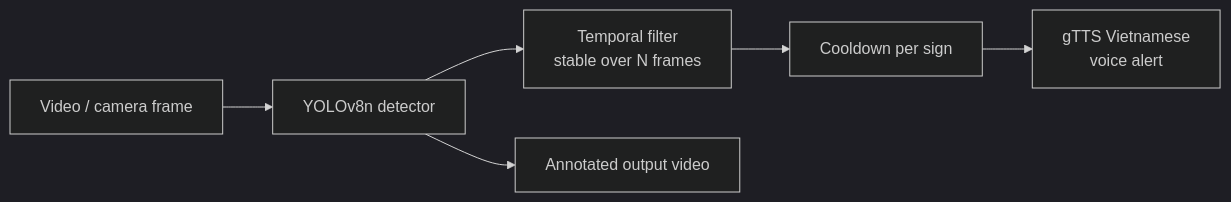
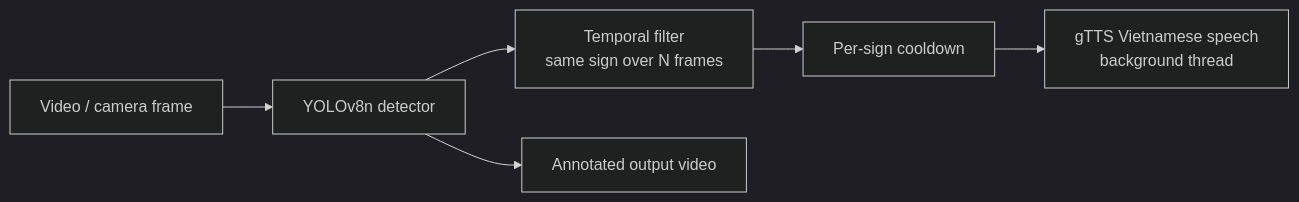
The second of 2 diagrams in README.md (LinhNhat07/VR-TSD-Vietnamese-Traffic-Sign-Recognition), drawn with Mermaid (dark theme) before and after one commit. The commit also changed other lines of this file, not shown here.

Commit message:
Align README with the published paper and separate the voice alert extension

````diff
--- a/README.md
+++ b/README.md
@@ -45,8 +104,8 @@
 ```mermaid
 flowchart LR
     A[Video / camera frame] --> B[YOLOv8n detector]
-    B --> C[Temporal filter<br/>stable over N frames]
-    C --> D[Cooldown per sign]
-    D --> E[gTTS Vietnamese<br/>voice alert]
+    B --> C[Temporal filter<br/>same sign over N frames]
+    C --> D[Per-sign cooldown]
+    D --> E[gTTS Vietnamese speech<br/>background thread]
     B --> F[Annotated output video]
 ```
````
